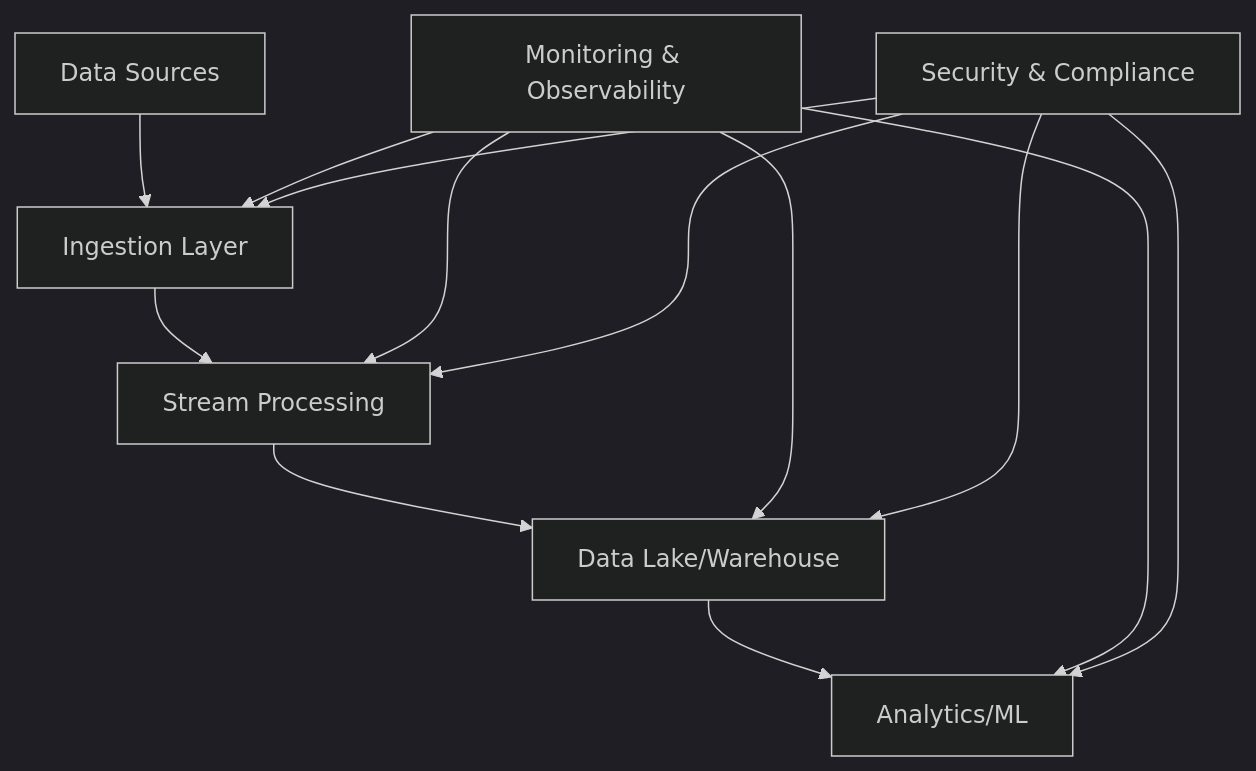
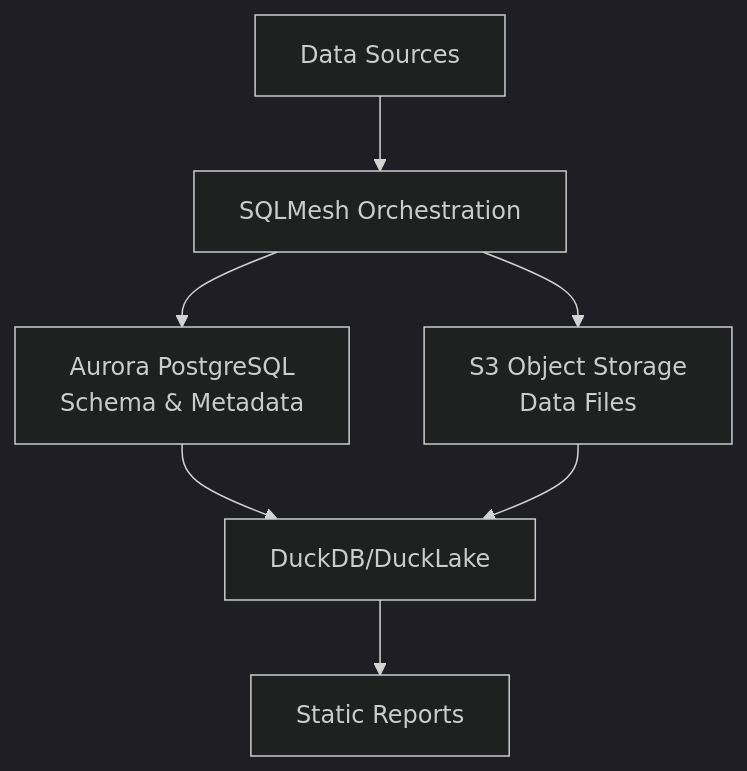
One commit to wagov-dtt/architecture-decision-records changed the diagram in reference-architectures/data-pipelines.qmd. Above: the diagram before and after it, drawn with Mermaid (dark theme). The commit also changed other lines of this file and 20 other files, not shown here.

````diff
--- a/reference-architectures/data-pipelines.qmd
+++ b/reference-architectures/data-pipelines.qmd
@@ -9,18 +18,10 @@
 ```{mermaid}
-%%| fig-cap: "Data Pipeline Reference Architecture"
-flowchart TD
-    A[Data Sources] --> B[Ingestion Layer]
-    B --> C[Stream Processing]
-    C --> D[Data Lake/Warehouse]
-    D --> E[Analytics/ML]
+graph TB
+    Sources[Data Sources] --> SQLMesh[SQLMesh Orchestration]
+    SQLMesh --> Aurora[Aurora PostgreSQL<br/>Schema & Metadata]
+    SQLMesh --> S3[S3 Object Storage<br/>Data Files]
     
-    F[Monitoring & Observability] --> B
-    F --> C
-    F --> D
-    F --> E
-    
-    G[Security & Compliance] --> B
-    G --> C
-    G --> D
-    G --> E
+    Aurora --> DuckLake[DuckDB/DuckLake]
+    S3 --> DuckLake
+    DuckLake --> Reports[Static Reports]
 ```
````
